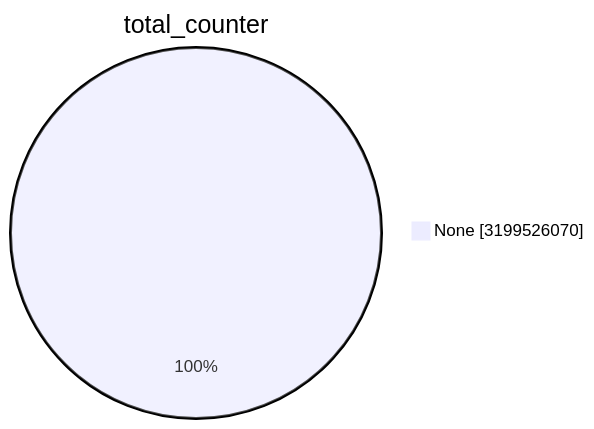
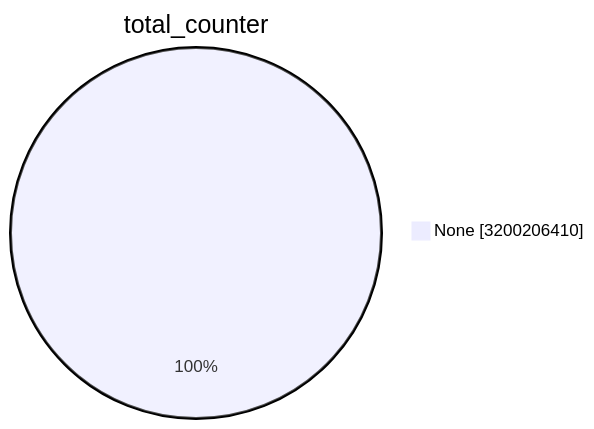
The first of 15 diagrams in TOTAL/README.md (christiankrug/ctmonitor_visualization), drawn with Mermaid before and after one commit. The commit also changed other lines of this file, not shown here.

````diff
--- a/TOTAL/README.md
+++ b/TOTAL/README.md
@@ -1,5 +1,5 @@
 ```mermaid
 pie showData
 title total_counter
-"None" :3199526070
+"None" :3200206410
 ```
````
